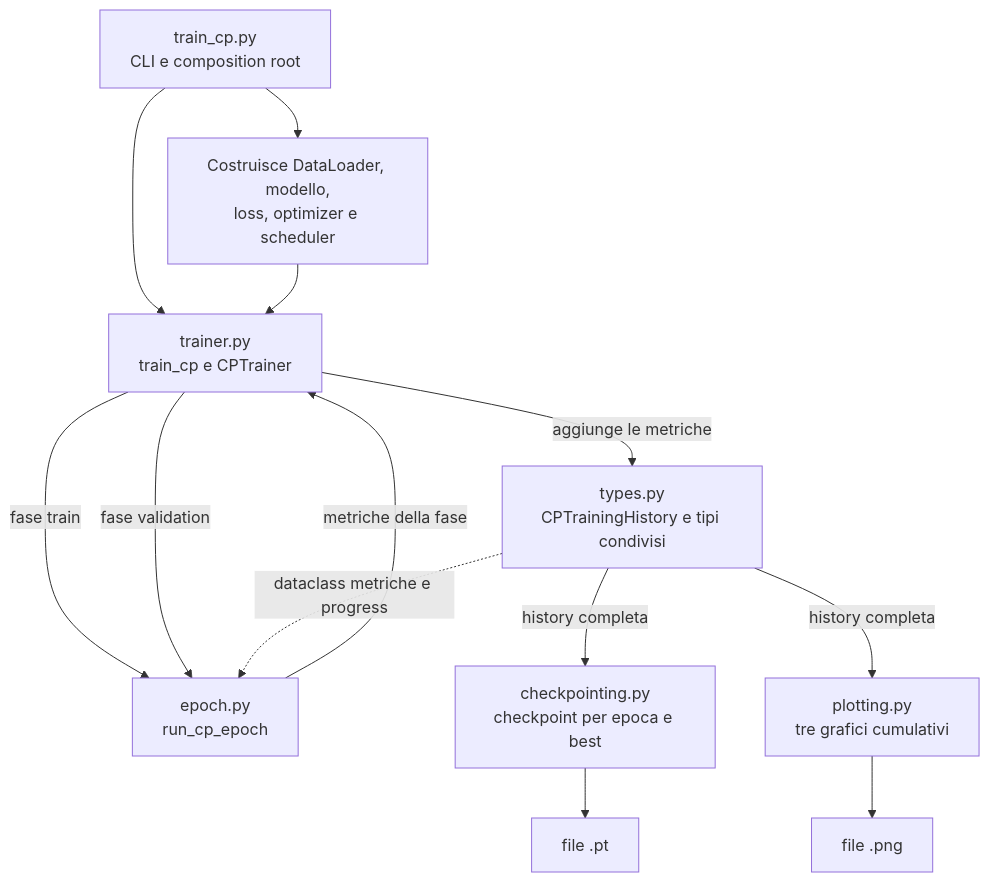
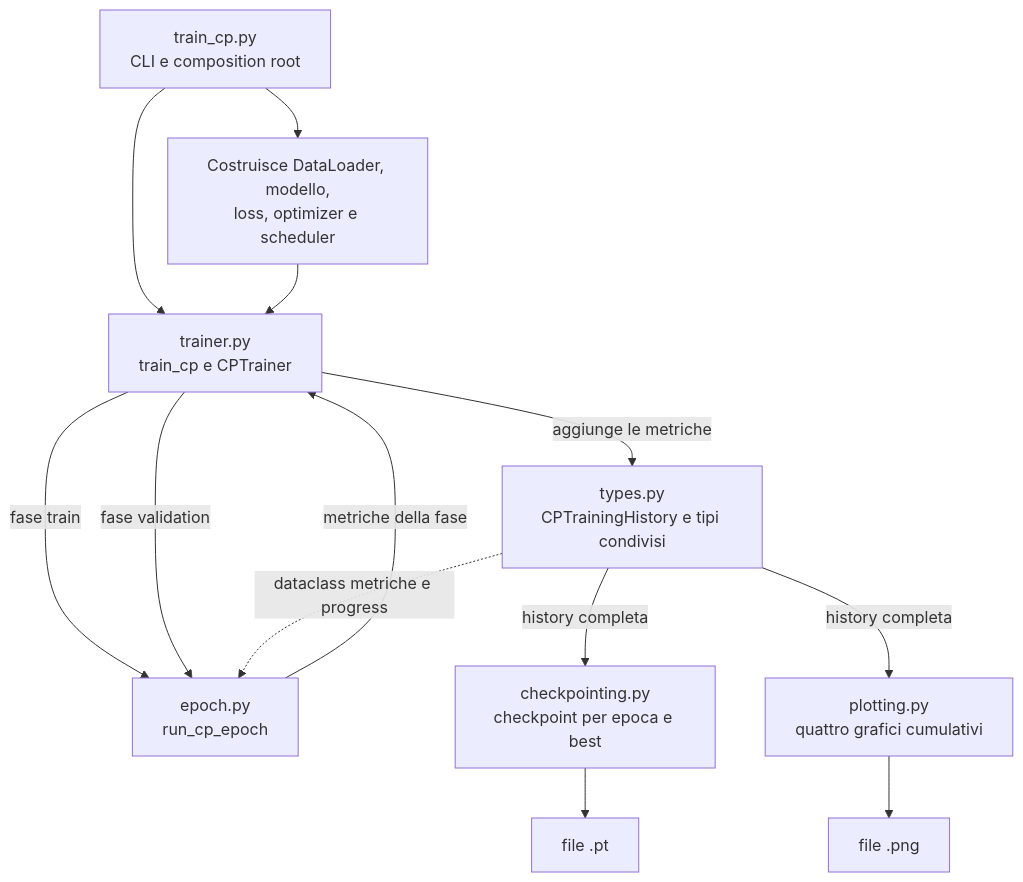
Before and after one commit to FlorindoDev/OutfitTransformer: the second of 2 diagrams in training/cp/README.md, drawn with Mermaid. The commit also changed other lines of this file and 2 other files, not shown here.

````diff
--- a/training/cp/README.md
+++ b/training/cp/README.md
@@ -303,19 +324,19 @@
 ```mermaid
 flowchart TD
     CLI["train_cp.py<br/>CLI e composition root"] --> BUILD["Costruisce DataLoader, modello,<br/>loss, optimizer e scheduler"]
     CLI --> TRAINER["trainer.py<br/>train_cp e CPTrainer"]
     BUILD --> TRAINER
 
     TRAINER -->|fase train| EPOCH["epoch.py<br/>run_cp_epoch"]
     TRAINER -->|fase validation| EPOCH
     EPOCH -->|metriche della fase| TRAINER
 
     TRAINER -->|aggiunge le metriche| TYPES["types.py<br/>CPTrainingHistory e tipi condivisi"]
     TYPES -->|history completa| CHECKPOINT["checkpointing.py<br/>checkpoint per epoca e best"]
-    TYPES -->|history completa| PLOT["plotting.py<br/>tre grafici cumulativi"]
+    TYPES -->|history completa| PLOT["plotting.py<br/>quattro grafici cumulativi"]
 
     CHECKPOINT --> PT["file .pt"]
     PLOT --> PNG["file .png"]
 
     TYPES -.->|dataclass metriche e progress| EPOCH
 ```
````
